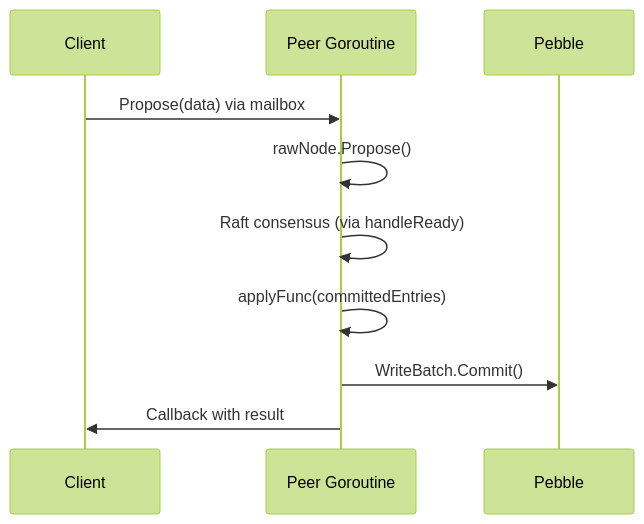
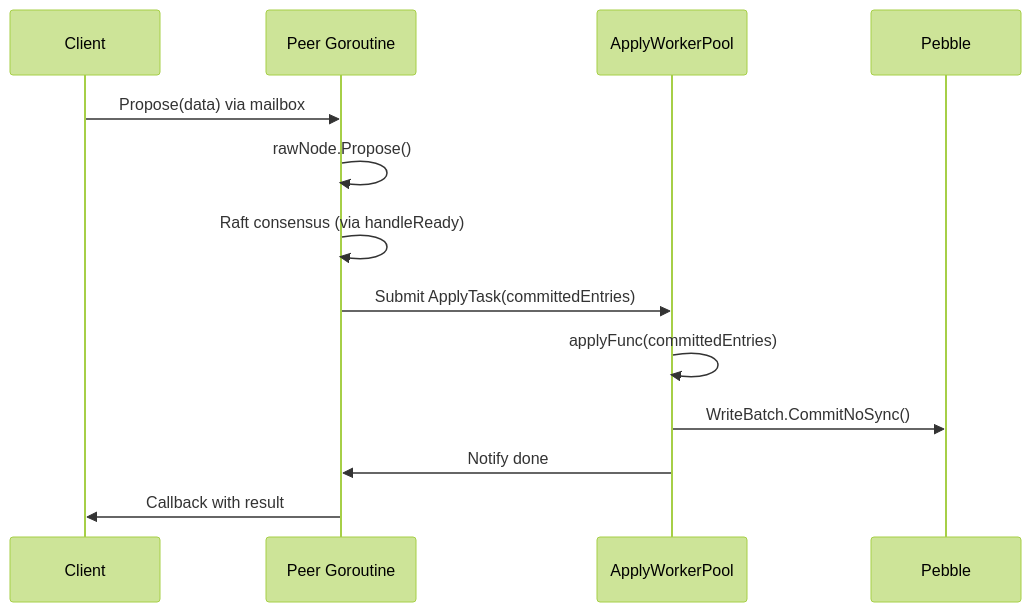
The sixth of 12 diagrams in gookv-design/09_tikv_differences.md (ryogrid/gookvs), drawn with Mermaid (forest theme) before and after one commit. The commit also changed other lines of this file and 17 other files, not shown here.

````diff
--- a/gookv-design/09_tikv_differences.md
+++ b/gookv-design/09_tikv_differences.md
@@ -670,13 +688,16 @@
 ```mermaid
 sequenceDiagram
     participant Client
     participant Peer as Peer Goroutine
+    participant Pool as ApplyWorkerPool
     participant Engine as Pebble
 
     Client->>Peer: Propose(data) via mailbox
     Peer->>Peer: rawNode.Propose()
     Peer->>Peer: Raft consensus (via handleReady)
-    Peer->>Peer: applyFunc(committedEntries)
-    Peer->>Engine: WriteBatch.Commit()
+    Peer->>Pool: Submit ApplyTask(committedEntries)
+    Pool->>Pool: applyFunc(committedEntries)
+    Pool->>Engine: WriteBatch.CommitNoSync()
+    Pool->>Peer: Notify done
     Peer->>Client: Callback with result
 ```
````
